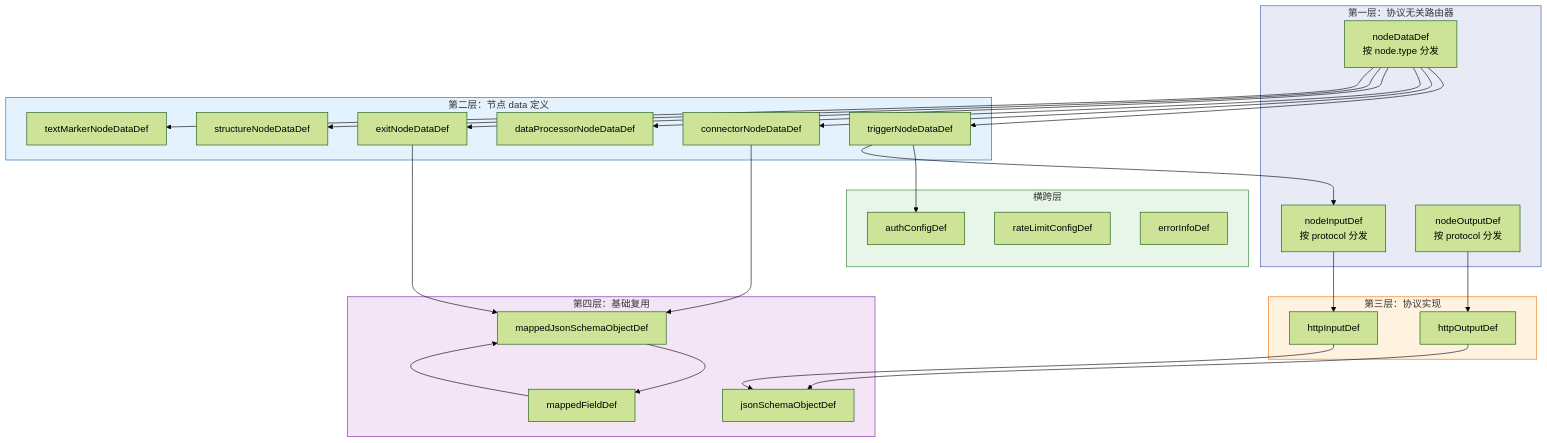
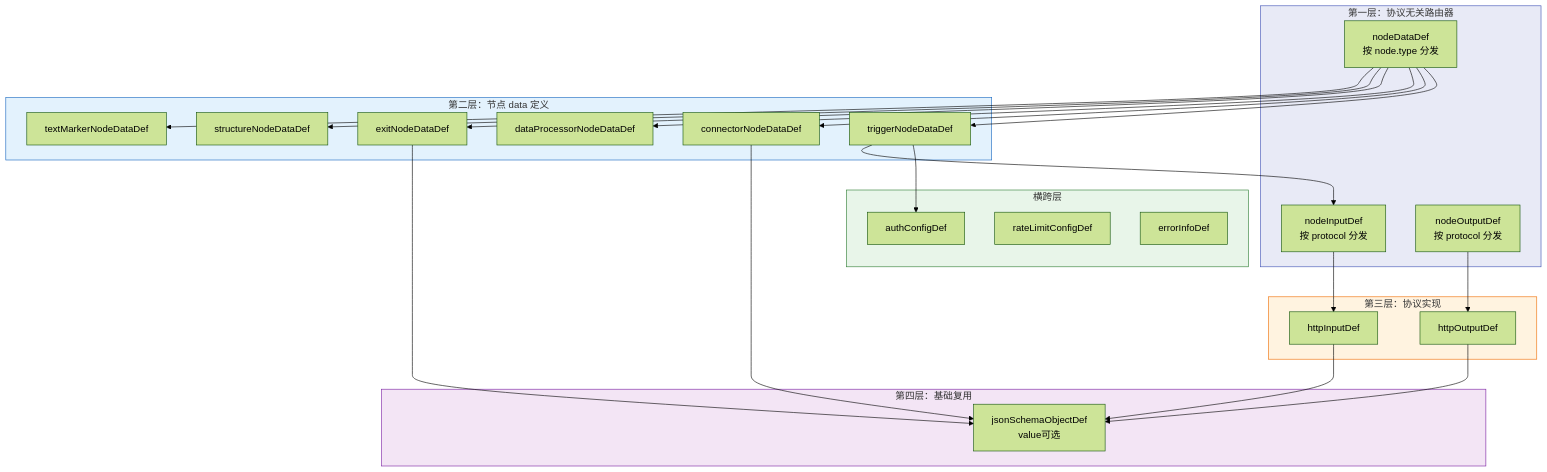
Before and after one commit to THZSummer/open-app: the first of 4 diagrams in .sddu/specs-tree-root/specs-tree-connector-platform-v2/plan-json-schema.md, drawn with Mermaid (forest theme). The commit also changed other lines of this file, not shown here.

First line of the commit message:
docs(plan-json-schema): 合并mappedFieldDef+mappedJsonSchemaObjectDef→jsonSchemaObjectDef v2

````diff
--- a/.sddu/specs-tree-root/specs-tree-connector-platform-v2/plan-json-schema.md
+++ b/.sddu/specs-tree-root/specs-tree-connector-platform-v2/plan-json-schema.md
@@ -421,57 +421,53 @@
 ```mermaid
 graph TB
     subgraph L1["第一层：协议无关路由器"]
         ND["nodeDataDef<br/>按 node.type 分发"]
         NI["nodeInputDef<br/>按 protocol 分发"]
         NO["nodeOutputDef<br/>按 protocol 分发"]
     end
 
     subgraph L2["第二层：节点 data 定义"]
         TD["triggerNodeDataDef"]
         CD["connectorNodeDataDef"]
         DD["dataProcessorNodeDataDef"]
         ED["exitNodeDataDef"]
         SD["structureNodeDataDef"]
         MD["textMarkerNodeDataDef"]
     end
 
     subgraph L3["第三层：协议实现"]
         HI["httpInputDef"]
         HO["httpOutputDef"]
     end
 
     subgraph L4["第四层：基础复用"]
-        JS["jsonSchemaObjectDef"]
-        MF["mappedFieldDef"]
-        MO["mappedJsonSchemaObjectDef"]
+        JS["jsonSchemaObjectDef<br/>value可选"]
     end
 
     subgraph LX["横跨层"]
         AU["authConfigDef"]
         RL["rateLimitConfigDef"]
         ER["errorInfoDef"]
     end
 
     ND --> TD
     ND --> CD
     ND --> DD
     ND --> ED
     ND --> SD
     ND --> MD
     NI --> HI
     NO --> HO
     HI --> JS
     HO --> JS
-    CD --> MO
-    ED --> MO
-    MO --> MF
-    MF --> MO
+    CD --> JS
+    ED --> JS
     TD --> AU
     TD --> NI
 
     style L1 fill:#e8eaf6,stroke:#3f51b5
     style L2 fill:#e3f2fd,stroke:#1565c0
     style L3 fill:#fff3e0,stroke:#ef6c00
     style L4 fill:#f3e5f5,stroke:#7b1fa2
     style LX fill:#e8f5e9,stroke:#2e7d32
 ```
````
